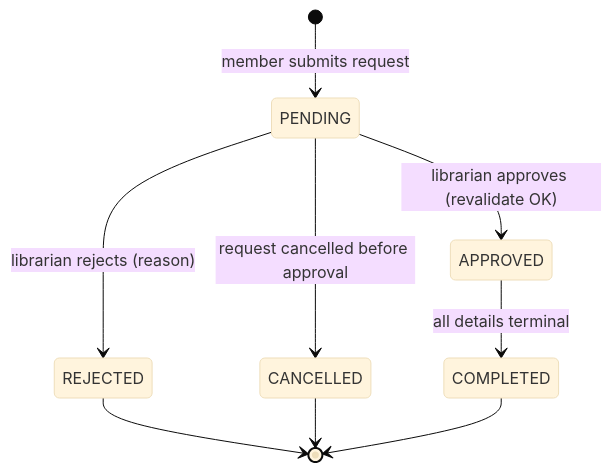
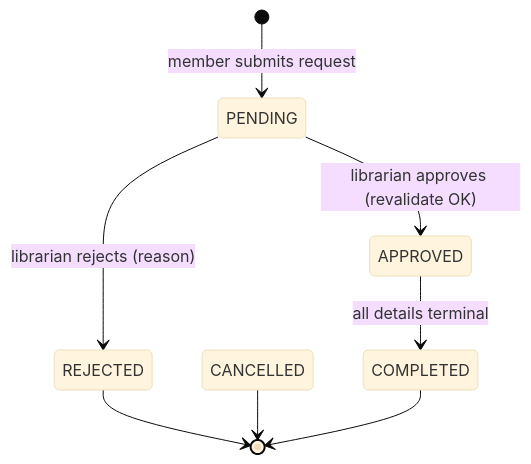
Before and after one commit to SWP391-LibraryManagement/LibraryManagement: the first of 2 diagrams in .sdd/specs/feat-borrowing-management/SPEC.md, drawn with Mermaid (base theme). The commit also changed other lines of this file and 38 other files, not shown here.

````diff
--- a/.sdd/specs/feat-borrowing-management/SPEC.md
+++ b/.sdd/specs/feat-borrowing-management/SPEC.md
@@ -310,11 +310,10 @@
 ```mermaid
 stateDiagram-v2
     [*] --> PENDING : member submits request
     PENDING --> APPROVED : librarian approves (revalidate OK)
     PENDING --> REJECTED : librarian rejects (reason)
-    PENDING --> CANCELLED : request cancelled before approval
     APPROVED --> COMPLETED : all details terminal
     REJECTED --> [*]
     CANCELLED --> [*]
     COMPLETED --> [*]
 ```
````
